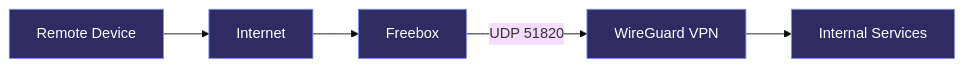
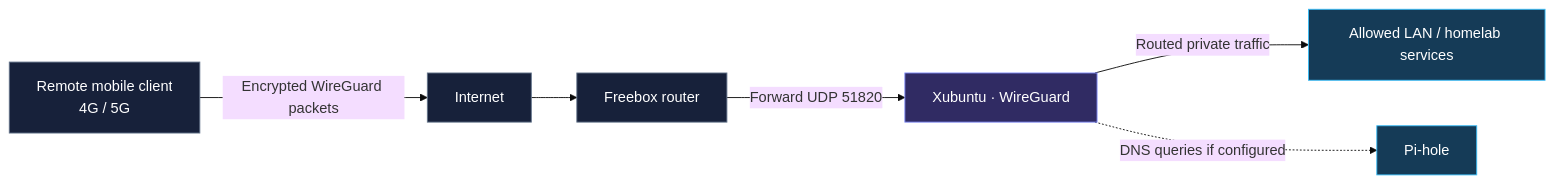
The diagram in docs/services/wireguard.md (lilouwen/homelab), drawn with Mermaid (base theme) before and after one commit. The commit also changed other lines of this file, not shown here.

Commit message:
docs: add structured WireGuard architecture, security and verification guide

````diff
--- a/docs/services/wireguard.md
+++ b/docs/services/wireguard.md
@@ -34,16 +22,15 @@
 ```mermaid
 flowchart LR
-    A["Remote Device"]
-    B["Internet"]
-    C["Freebox"]
-    D["WireGuard VPN"]
-    E["Internal Services"]
+    C["Remote mobile client<br/>4G / 5G"] -->|"Encrypted WireGuard packets"| I["Internet"]
+    I --> F["Freebox router"]
+    F -->|"Forward UDP 51820"| W["Xubuntu · WireGuard"]
+    W -->|"Routed private traffic"| A["Allowed LAN / homelab services"]
+    W -.->|"DNS queries if configured"| D["Pi-hole"]
 
-    A --> B
-    B --> C
-    C -->|"UDP 51820"| D
-    D --> E
-
-    classDef vpn fill:#302b63,stroke:#818cf8,color:#ffffff
-    class A,B,C,D,E vpn
+    classDef edge fill:#17213a,stroke:#64748b,color:#ffffff
+    classDef security fill:#302b63,stroke:#818cf8,color:#ffffff
+    classDef service fill:#153b57,stroke:#38bdf8,color:#ffffff
+    class C,I,F edge
+    class W security
+    class A,D service
 ```
````
